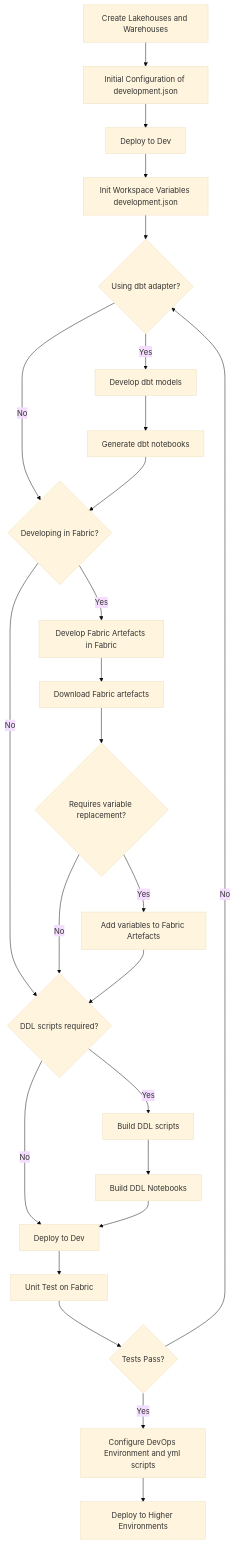
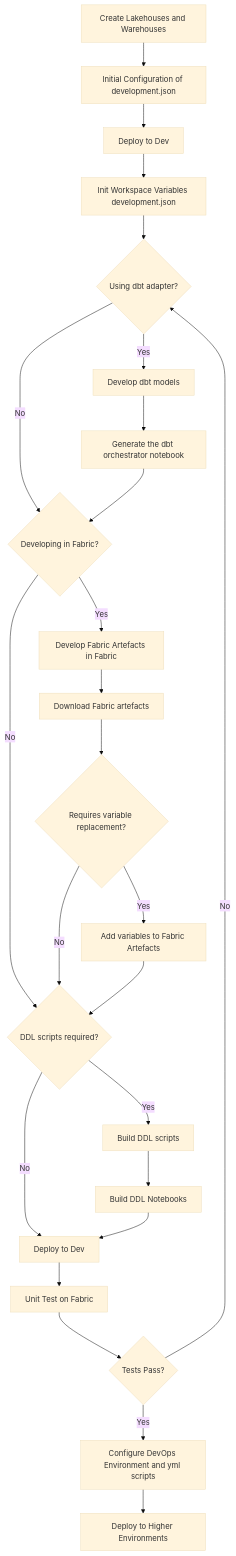
One commit to Insight-Services-APAC/Insight_Ingenious_For_Fabric changed the diagram in docs/user_guide/workflows.md. Above: the diagram before and after it, drawn with Mermaid (base theme). The commit also changed other lines of this file and 30 other files, not shown here.

````diff
--- a/docs/user_guide/workflows.md
+++ b/docs/user_guide/workflows.md
@@ -33,27 +33,27 @@
 ```mermaid
 graph TD
     A[Create Lakehouses and Warehouses] --> B[Initial Configuration of development.json]
     B --> C[Deploy to Dev]
     C --> D[Init Workspace Variables development.json]
     D --> E{Using dbt adapter?}
     E -->|Yes| F[Develop dbt models]
     E -->|No| H
-    F --> G[Generate dbt notebooks]
+    F --> G[Generate the dbt orchestrator notebook]
     G --> H{Developing in Fabric?}
     H -->|Yes| I[Develop Fabric Artefacts in Fabric]
     H -->|No| M
     I --> J[Download Fabric artefacts]
     J --> K{Requires variable replacement?}
     K -->|Yes| L[Add variables to Fabric Artefacts]
     K -->|No| M
     L --> M{DDL scripts required?}
     M -->|Yes| N[Build DDL scripts]
     M -->|No| P
     N --> O[Build DDL Notebooks]
     O --> P[Deploy to Dev]
     P --> Q[Unit Test on Fabric]
     Q --> R{Tests Pass?}
     R -->|No| E
     R -->|Yes| S[Configure DevOps Environment and yml scripts]
     S --> T[Deploy to Higher Environments]
 ```
````
